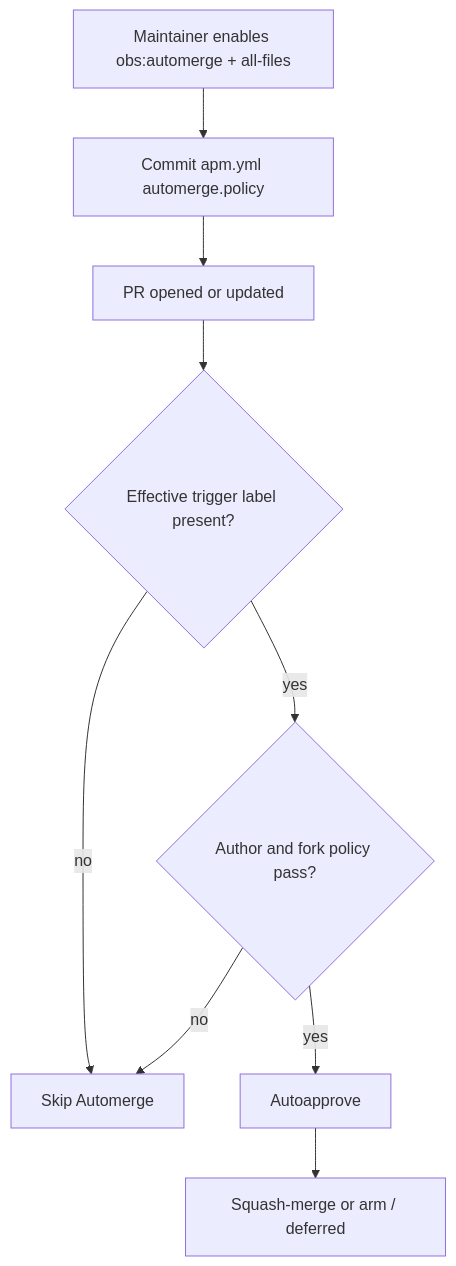
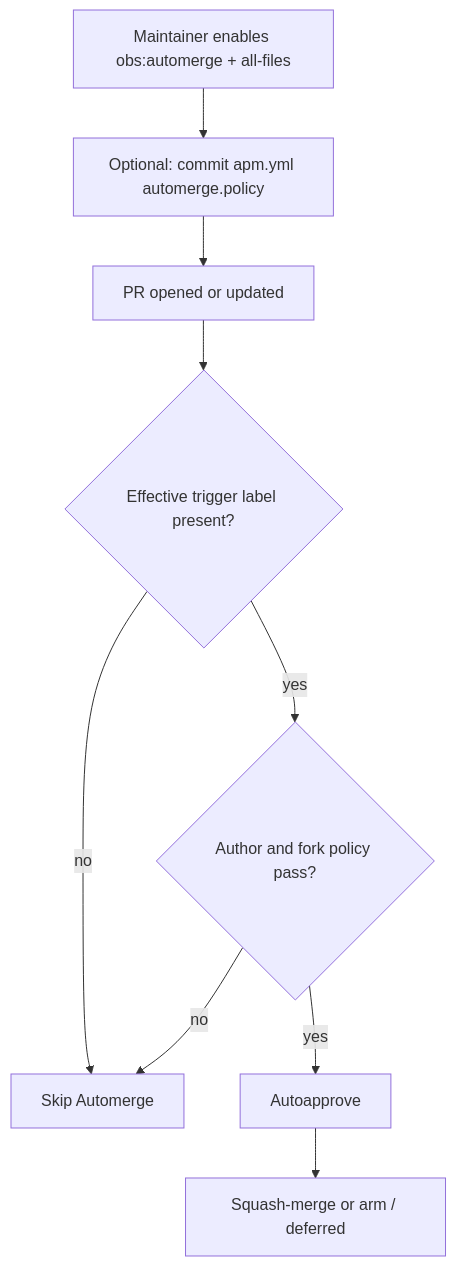
One commit to elastic/oblt-aw changed the diagram in docs/user-guide/automerge-user-journeys.md. Above: the diagram before and after it, drawn with Mermaid. The commit also changed other lines of this file, not shown here.

First line of the commit message:
docs: clarify optional apm.yml automerge policy

````diff
--- a/docs/user-guide/automerge-user-journeys.md
+++ b/docs/user-guide/automerge-user-journeys.md
@@ -14,11 +14,11 @@
 ```mermaid
 flowchart TD
-  A[Maintainer enables obs:automerge + all-files] --> B[Commit apm.yml automerge.policy]
+  A[Maintainer enables obs:automerge + all-files] --> B[Optional: commit apm.yml automerge.policy]
   B --> C[PR opened or updated]
   C --> D{Effective trigger label present?}
   D -->|no| Z[Skip Automerge]
   D -->|yes| E{Author and fork policy pass?}
   E -->|no| Z
   E -->|yes| F[Autoapprove]
   F --> G[Squash-merge or arm / deferred]
 ```
````
